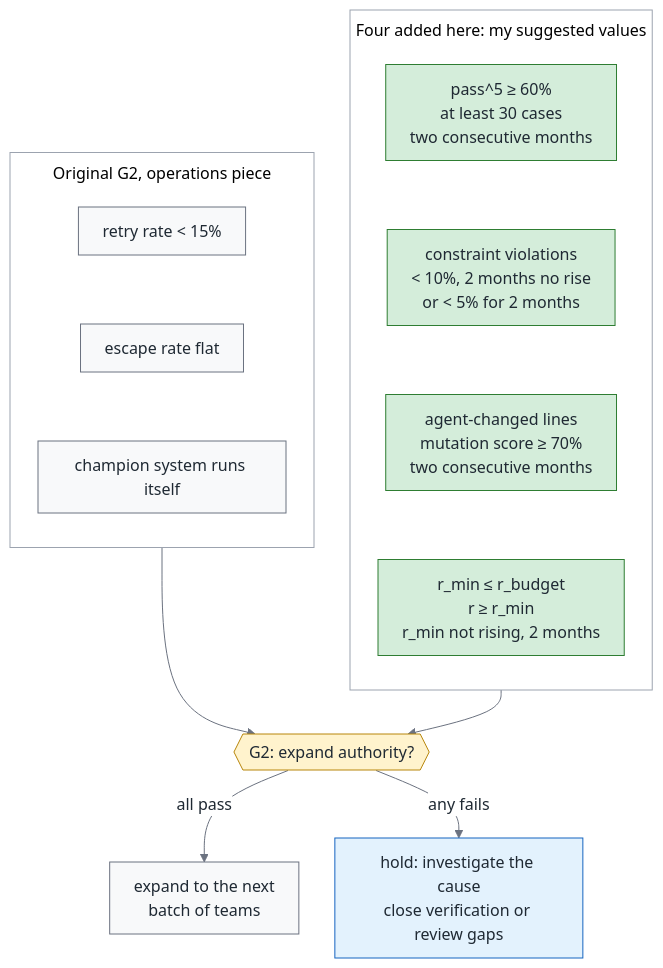
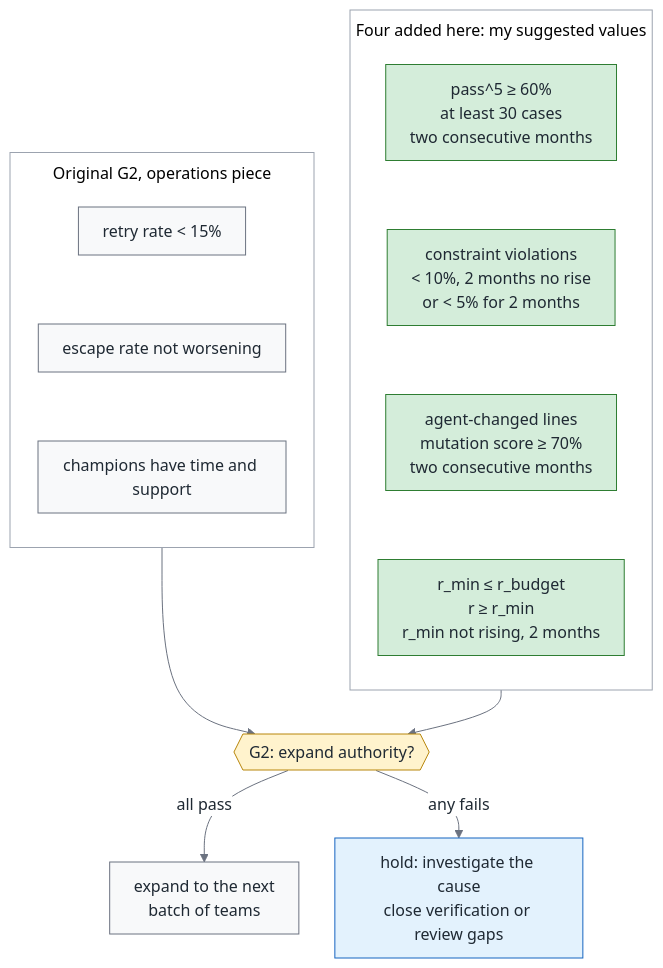
The fourth of 4 diagrams in 2026-10-green-reliability/article.en.md (fantasybz/medium-articles), drawn with Mermaid before and after one commit. The commit also changed other lines of this file and 17 other files, not shown here.

````diff
--- a/2026-10-green-reliability/article.en.md
+++ b/2026-10-green-reliability/article.en.md
@@ -491,47 +491,47 @@
 ```mermaid
 ---
 config:
   theme: base
   themeVariables:
     fontSize: 16px
     primaryColor: "#f8f9fa"
     primaryTextColor: "#1f2933"
     primaryBorderColor: "#6b7280"
     lineColor: "#6b7280"
     secondaryColor: "#f8f9fa"
     tertiaryColor: "#ffffff"
     clusterBkg: "#ffffff"
     clusterBorder: "#9ca3af"
     edgeLabelBackground: "#ffffff"
   flowchart:
     nodeSpacing: 36
     rankSpacing: 44
     padding: 12
     htmlLabels: true
     subGraphTitleMargin:
       top: 8
       bottom: 12
     curve: basis
 ---
 flowchart TB
     classDef own fill:#d4edda,stroke:#2e7d32,color:#1f2933
     classDef buy fill:#fff3cd,stroke:#b8860b,color:#1f2933
     classDef bad fill:#ffe0e0,stroke:#c0392b,color:#1f2933
     classDef human fill:#e3f2fd,stroke:#1565c0,color:#1f2933
     subgraph cur["Original G2, operations piece"]
         direction TB
-        O1["retry rate #lt; 15%"] ~~~ O2["escape rate flat"] ~~~ O3["champion system runs itself"]
+        O1["retry rate #lt; 15%"] ~~~ O2["escape rate not worsening"] ~~~ O3["champions have time and support"]
     end
     subgraph add["Four added here: my suggested values"]
         direction TB
         N1["pass^5 ≥ 60%<br/>at least 30 cases<br/>two consecutive months"] ~~~ N2["constraint violations<br/>#lt; 10%, 2 months no rise<br/>or #lt; 5% for 2 months"]
         N2 ~~~ N3["agent-changed lines<br/>mutation score ≥ 70%<br/>two consecutive months"] ~~~ N4["r_min ≤ r_budget<br/>r ≥ r_min<br/>r_min not rising, 2 months"]
     end
     cur --> G{{"G2: expand authority?"}}
     add --> G
     G -->|all pass| Y["expand to the next<br/>batch of teams"]
     G -->|any fails| K["hold: investigate the cause<br/>close verification or review gaps"]
     class N1,N2,N3,N4 own
     class G buy
     class K human
 ```
````
